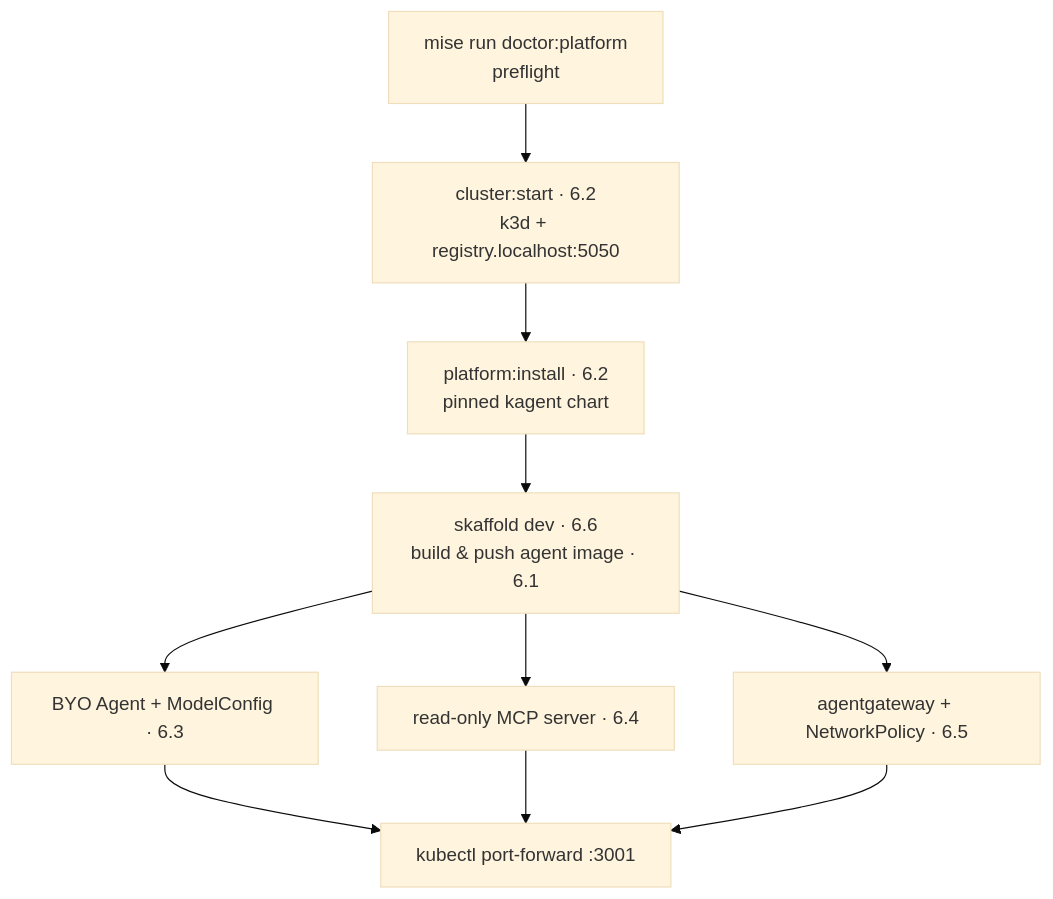
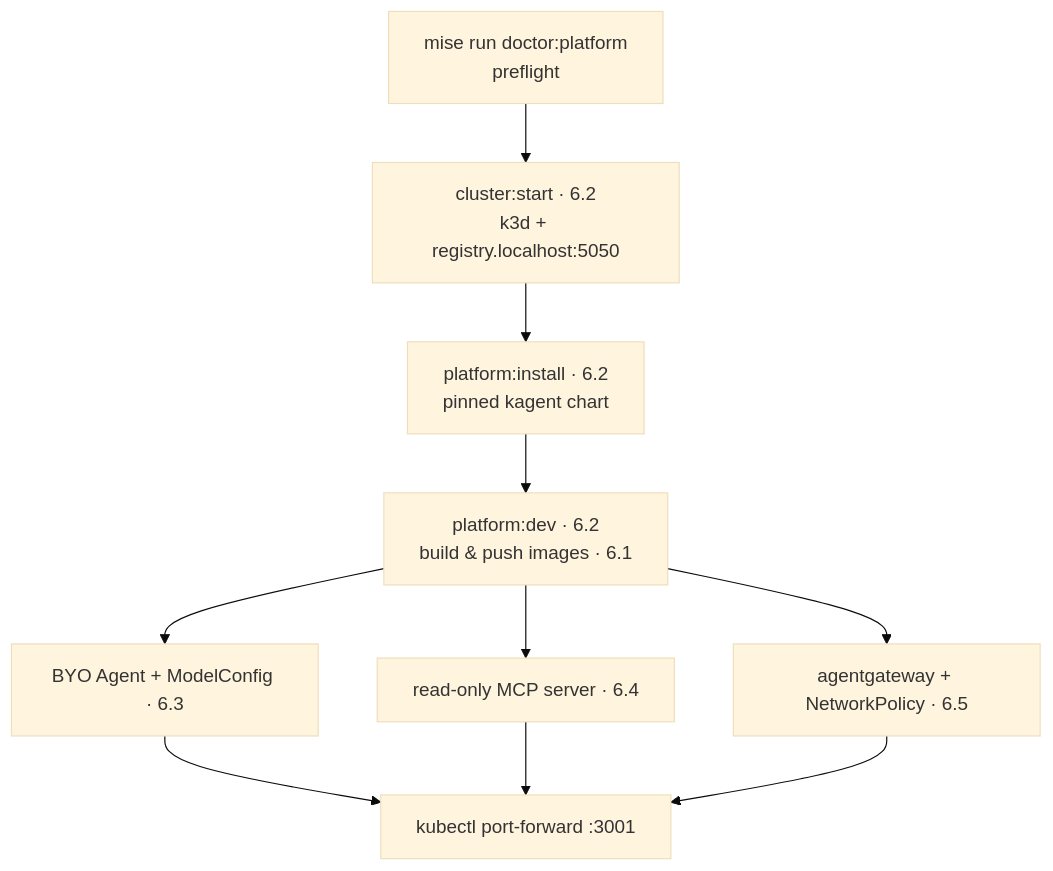
The diagram in docs/6. Platform/index.md (LuiGGi629/agentops-open-course), drawn with Mermaid (base theme) before and after one commit. The commit also changed other lines of this file and 121 other files, not shown here.

````diff
--- a/docs/6. Platform/index.md
+++ b/docs/6. Platform/index.md
@@ -32,12 +32,12 @@
 ```mermaid
 flowchart TD
     doctor["mise run doctor:platform<br/>preflight"] --> start["cluster:start · 6.2<br/>k3d + registry.localhost:5050"]
     start --> install["platform:install · 6.2<br/>pinned kagent chart"]
-    install --> build["skaffold dev · 6.6<br/>build & push agent image · 6.1"]
+    install --> build["platform:dev · 6.2<br/>build & push images · 6.1"]
     build --> agent["BYO Agent + ModelConfig · 6.3"]
     build --> mcp["read-only MCP server · 6.4"]
     build --> gw["agentgateway + NetworkPolicy · 6.5"]
     agent --> pf["kubectl port-forward :3001"]
     mcp --> pf
     gw --> pf
 ```
````
